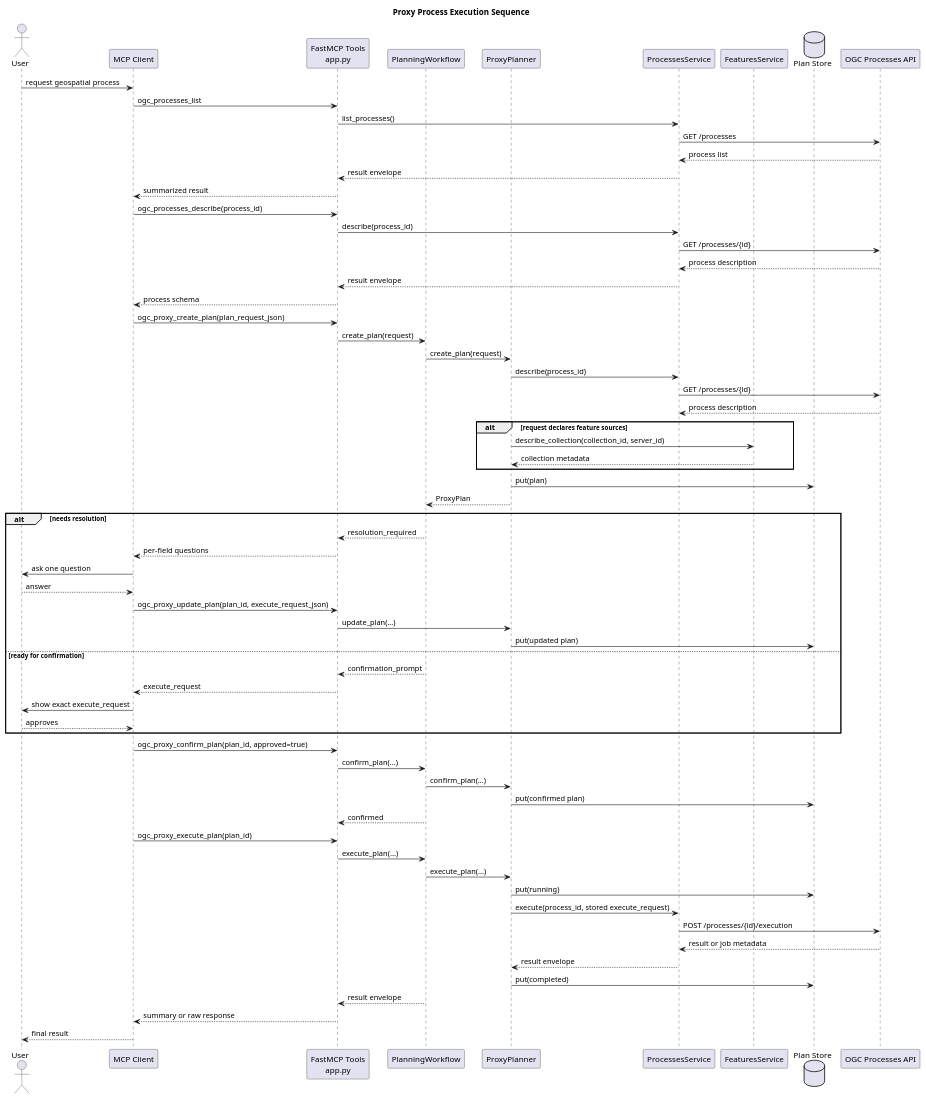
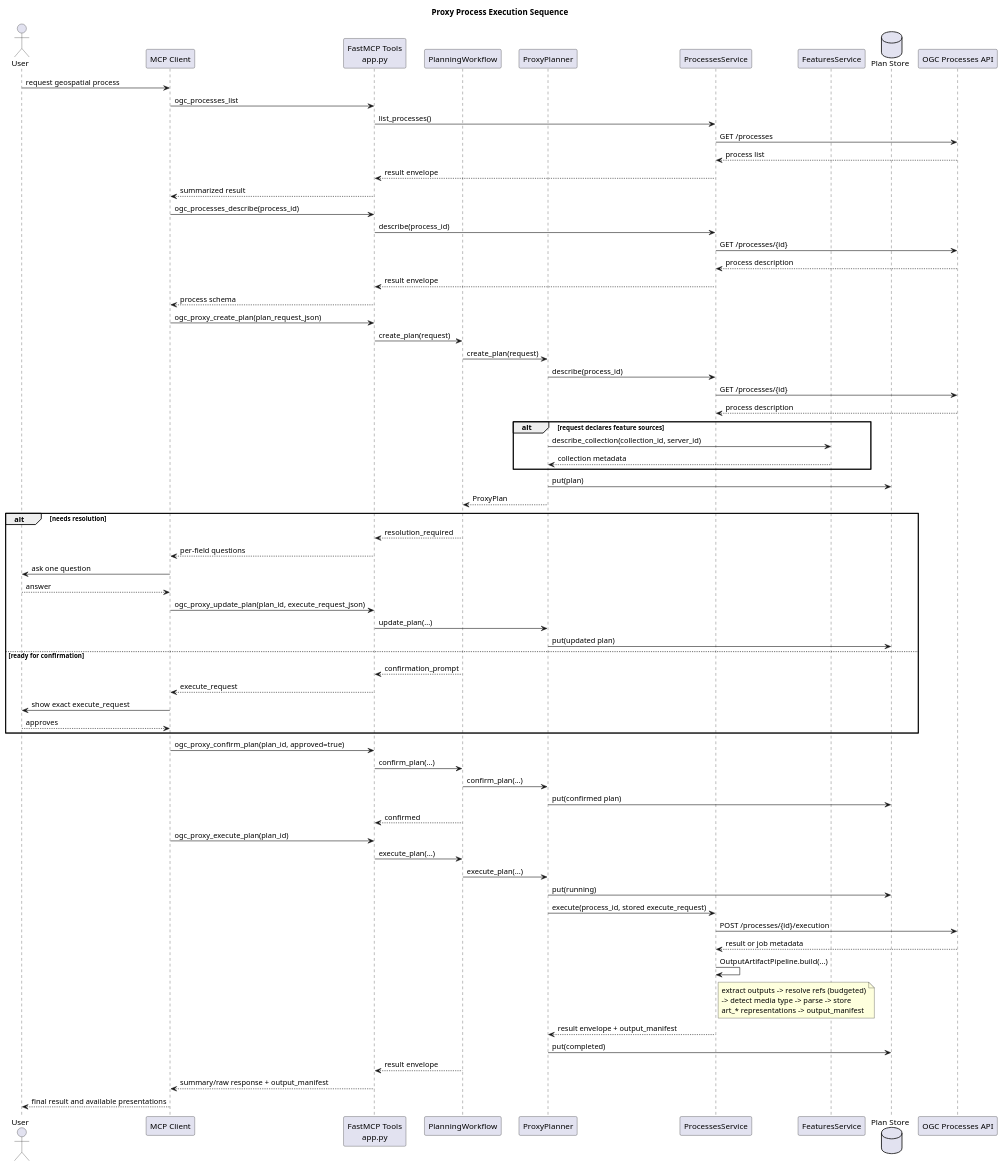
Before and after one commit to PranavAngrish/OGC-MCP-Service: the diagram in standardized_server/docs/uml/process-execution-sequence.puml, drawn with PlantUML. The commit also changed 9 other files, not shown here.

```diff
--- a/standardized_server/docs/uml/process-execution-sequence.puml
+++ b/standardized_server/docs/uml/process-execution-sequence.puml
@@ -1,78 +1,84 @@
 @startuml
 title Proxy Process Execution Sequence
 
 actor User
 participant "MCP Client" as Client
 participant "FastMCP Tools\napp.py" as App
 participant "PlanningWorkflow" as Workflow
 participant "ProxyPlanner" as Planner
 participant "ProcessesService" as Processes
 participant "FeaturesService" as Features
 database "Plan Store" as Store
 participant "OGC Processes API" as OGC
 
 User -> Client : request geospatial process
 Client -> App : ogc_processes_list
 App -> Processes : list_processes()
 Processes -> OGC : GET /processes
 OGC --> Processes : process list
 Processes --> App : result envelope
 App --> Client : summarized result
 
 Client -> App : ogc_processes_describe(process_id)
 App -> Processes : describe(process_id)
 Processes -> OGC : GET /processes/{id}
 OGC --> Processes : process description
 Processes --> App : result envelope
 App --> Client : process schema
 
 Client -> App : ogc_proxy_create_plan(plan_request_json)
 App -> Workflow : create_plan(request)
 Workflow -> Planner : create_plan(request)
 Planner -> Processes : describe(process_id)
 Processes -> OGC : GET /processes/{id}
 OGC --> Processes : process description
 
 alt request declares feature sources
   Planner -> Features : describe_collection(collection_id, server_id)
   Features --> Planner : collection metadata
 end
 
 Planner -> Store : put(plan)
 Planner --> Workflow : ProxyPlan
 
 alt needs resolution
   Workflow --> App : resolution_required
   App --> Client : per-field questions
   Client -> User : ask one question
   User --> Client : answer
   Client -> App : ogc_proxy_update_plan(plan_id, execute_request_json)
   App -> Planner : update_plan(...)
   Planner -> Store : put(updated plan)
 else ready for confirmation
   Workflow --> App : confirmation_prompt
   App --> Client : execute_request
   Client -> User : show exact execute_request
   User --> Client : approves
 end
 
 Client -> App : ogc_proxy_confirm_plan(plan_id, approved=true)
 App -> Workflow : confirm_plan(...)
 Workflow -> Planner : confirm_plan(...)
 Planner -> Store : put(confirmed plan)
 Workflow --> App : confirmed
 
 Client -> App : ogc_proxy_execute_plan(plan_id)
 App -> Workflow : execute_plan(...)
 Workflow -> Planner : execute_plan(...)
 Planner -> Store : put(running)
 Planner -> Processes : execute(process_id, stored execute_request)
 Processes -> OGC : POST /processes/{id}/execution
 OGC --> Processes : result or job metadata
-Processes --> Planner : result envelope
+Processes -> Processes : OutputArtifactPipeline.build(...)
+note right of Processes
+  extract outputs -> resolve refs (budgeted)
+  -> detect media type -> parse -> store
+  art_* representations -> output_manifest
+end note
+Processes --> Planner : result envelope + output_manifest
 Planner -> Store : put(completed)
 Workflow --> App : result envelope
-App --> Client : summary or raw response
-Client --> User : final result
+App --> Client : summary/raw response + output_manifest
+Client --> User : final result and available presentations
 
 @enduml
```
